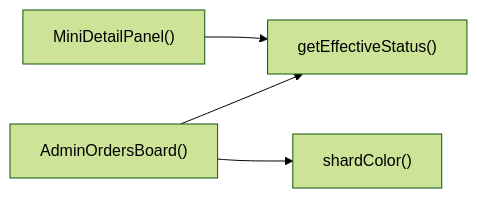
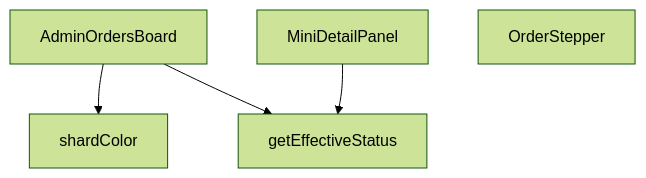
One commit to peckop/venthub-hvac-esite changed the diagram in src/views/admin/AdminOrdersBoard.md. Above: the diagram before and after it, drawn with Mermaid (forest theme). The commit also changed other lines of this file and 56 other files, not shown here.

````diff
--- a/src/views/admin/AdminOrdersBoard.md
+++ b/src/views/admin/AdminOrdersBoard.md
@@ -251,6 +217,11 @@
 ```mermaid
-graph LR
-    AdminOrdersBoard["AdminOrdersBoard()"] --> getEffectiveStatus["getEffectiveStatus()"]
-    AdminOrdersBoard["AdminOrdersBoard()"] --> shardColor["shardColor()"]
-    MiniDetailPanel["MiniDetailPanel()"] --> getEffectiveStatus["getEffectiveStatus()"]
+graph TD
+    AdminOrdersBoard_tsx__AdminOrdersBoard["AdminOrdersBoard"]
+    AdminOrdersBoard_tsx__MiniDetailPanel["MiniDetailPanel"]
+    AdminOrdersBoard_tsx__OrderStepper["OrderStepper"]
+    AdminOrdersBoard_tsx__getEffectiveStatus["getEffectiveStatus"]
+    AdminOrdersBoard_tsx__shardColor["shardColor"]
+    AdminOrdersBoard_tsx__AdminOrdersBoard --> AdminOrdersBoard_tsx__shardColor
+    AdminOrdersBoard_tsx__AdminOrdersBoard --> AdminOrdersBoard_tsx__getEffectiveStatus
+    AdminOrdersBoard_tsx__MiniDetailPanel --> AdminOrdersBoard_tsx__getEffectiveStatus
 ```
````
